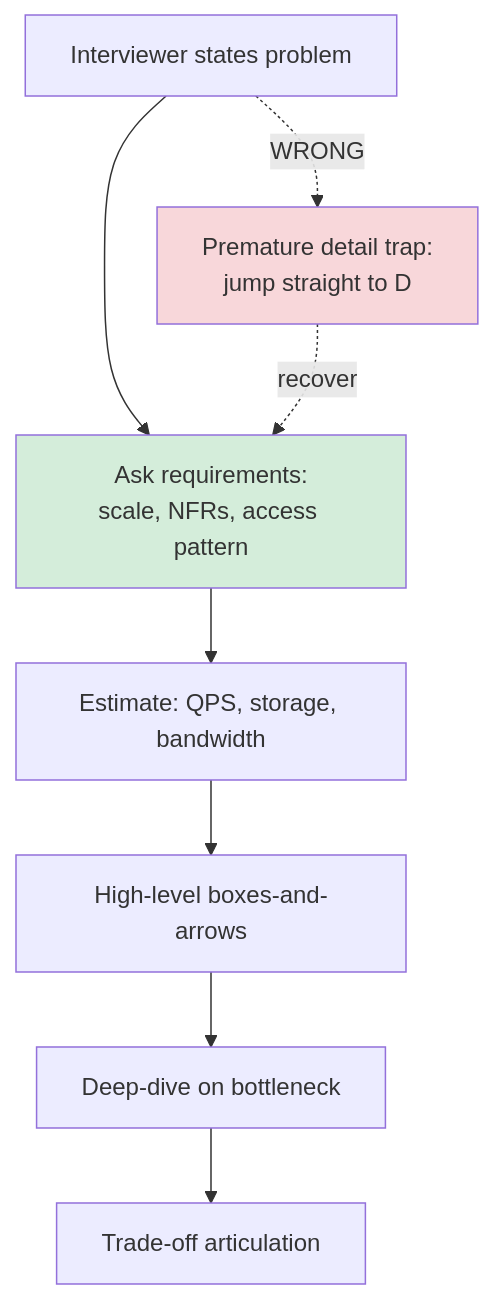
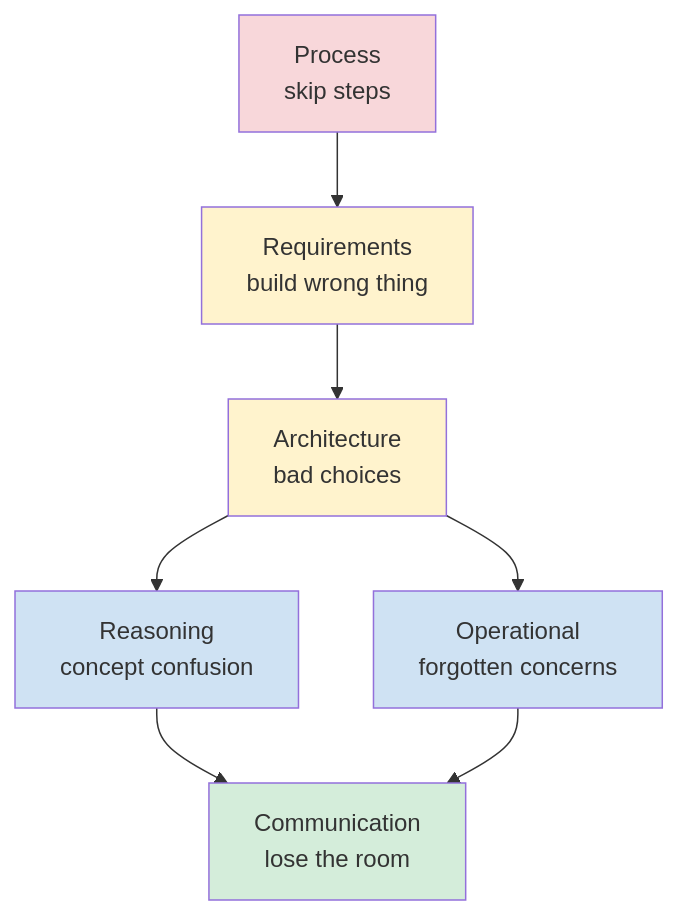
Before and after one commit to quan0401/learning_docs: the diagram in system-design/interview-framework/common-anti-patterns.md, drawn with Mermaid. The commit also changed other lines of this file and 13 other files, not shown here.

````diff
--- a/system-design/interview-framework/common-anti-patterns.md
+++ b/system-design/interview-framework/common-anti-patterns.md
@@ -79,17 +70,16 @@
 ```mermaid
 flowchart TB
-    Start[Interviewer states problem]
-    Start --> Q[Ask requirements:<br/>scale, NFRs, access pattern]
-    Q --> E[Estimate: QPS, storage, bandwidth]
-    E --> H[High-level boxes-and-arrows]
-    H --> D[Deep-dive on bottleneck]
-    D --> T[Trade-off articulation]
+    P[Process<br/>skip steps] --> R[Requirements<br/>build wrong thing]
+    R --> A[Architecture<br/>bad choices]
+    A --> X[Reasoning<br/>concept confusion]
+    A --> O[Operational<br/>forgotten concerns]
+    X --> C[Communication<br/>lose the room]
+    O --> C
 
-    PD[Premature detail trap:<br/>jump straight to D]
-
-    Start -.WRONG.-> PD
-    PD -.recover.-> Q
-
-    style PD fill:#f8d7da
-    style Q fill:#d4edda
+    style P fill:#f8d7da
+    style R fill:#fff3cd
+    style A fill:#fff3cd
+    style X fill:#cfe2f3
+    style O fill:#cfe2f3
+    style C fill:#d4edda
 ```
````
